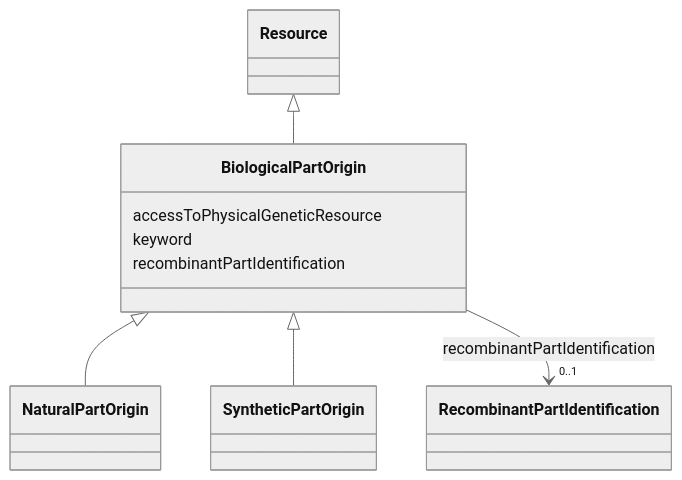
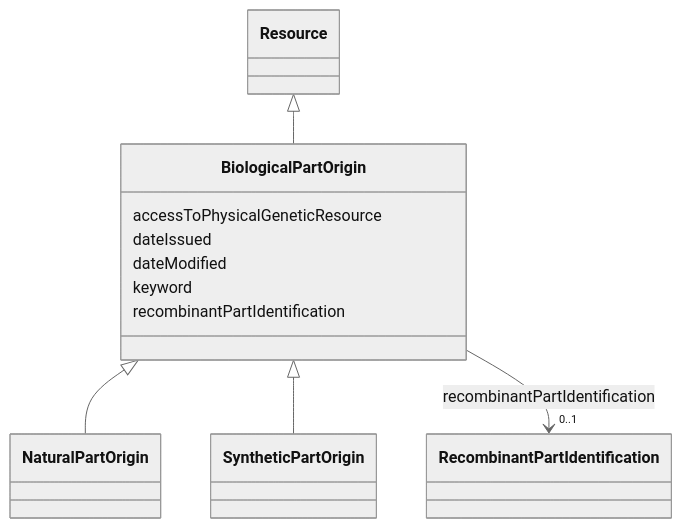
One commit to EVORA-project/evora-ontology changed the diagram in models/docs/BiologicalPartOrigin.md. Above: the diagram before and after it, drawn with Mermaid (neutral theme). The commit also changed other lines of this file and 377 other files, not shown here.

````diff
--- a/models/docs/BiologicalPartOrigin.md
+++ b/models/docs/BiologicalPartOrigin.md
@@ -21,29 +21,33 @@
 ```mermaid
  classDiagram
     class BiologicalPartOrigin
     click BiologicalPartOrigin href "../BiologicalPartOrigin"
       Resource <|-- BiologicalPartOrigin
         click Resource href "../Resource"
       
 
       BiologicalPartOrigin <|-- NaturalPartOrigin
         click NaturalPartOrigin href "../NaturalPartOrigin"
       BiologicalPartOrigin <|-- SyntheticPartOrigin
         click SyntheticPartOrigin href "../SyntheticPartOrigin"
       
       
       BiologicalPartOrigin : accessToPhysicalGeneticResource
         
+      BiologicalPartOrigin : dateIssued
+        
+      BiologicalPartOrigin : dateModified
+        
       BiologicalPartOrigin : keyword
         
       BiologicalPartOrigin : recombinantPartIdentification
         
           
     
     
     BiologicalPartOrigin --> "0..1" RecombinantPartIdentification : recombinantPartIdentification
     click RecombinantPartIdentification href "../RecombinantPartIdentification"
 
         
       
 ```
````
